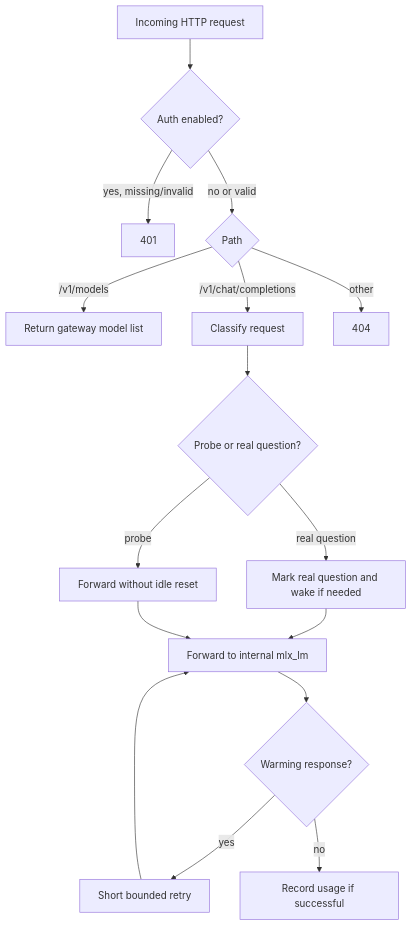
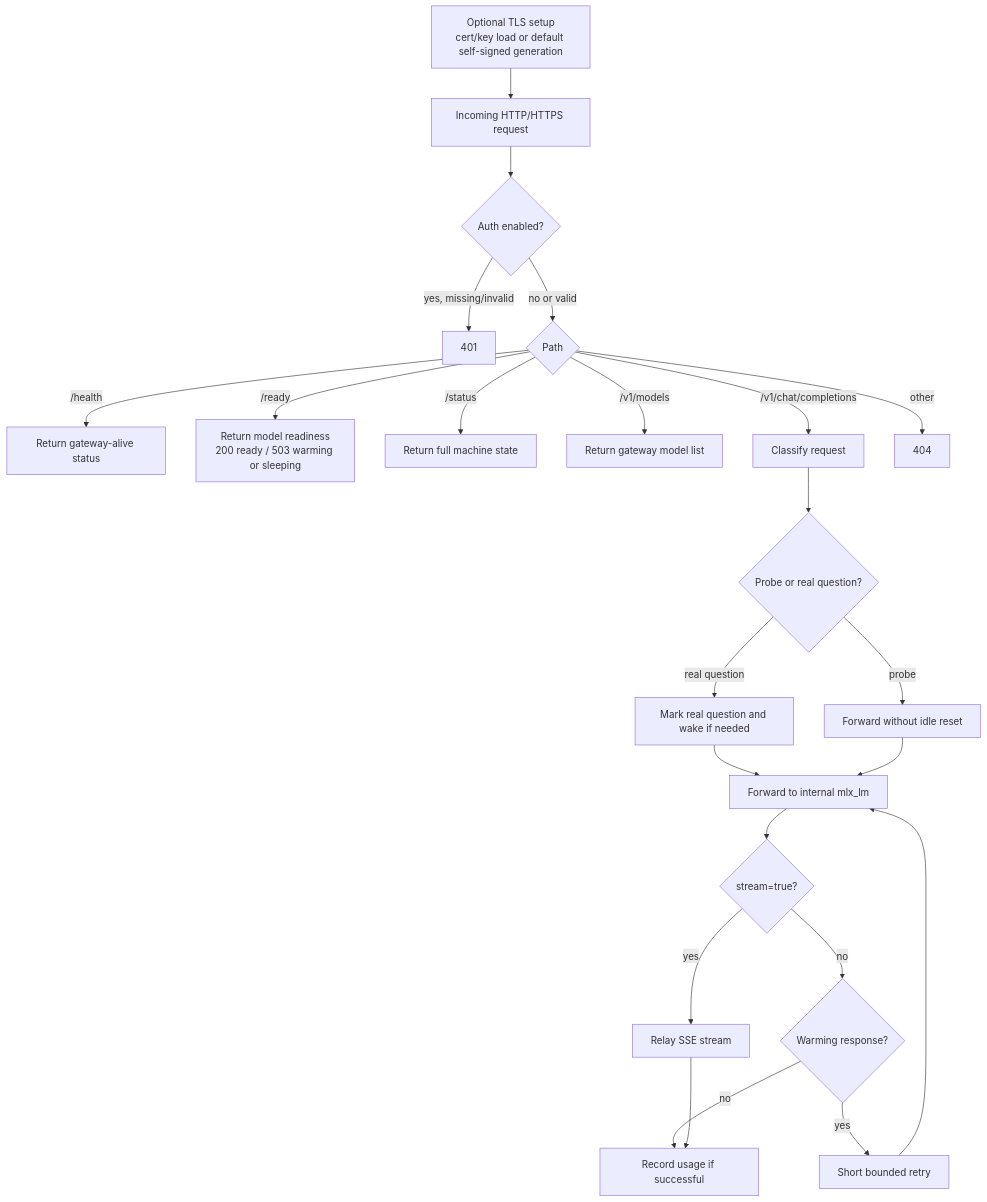
One commit to agabrielson/MlxManager changed the sixth of 7 diagrams in docs/c4_architecture.md. Above: the diagram before and after it, drawn with Mermaid. The commit also changed other lines of this file and 3 other files, not shown here.

Commit message:
Add optional HTTPS gateway support

````diff
--- a/docs/c4_architecture.md
+++ b/docs/c4_architecture.md
@@ -262,18 +265,25 @@
 ```mermaid
 flowchart TD
-    req["Incoming HTTP request"] --> auth{"Auth enabled?"}
+    tls["Optional TLS setup\ncert/key load or default self-signed generation"] --> req["Incoming HTTP/HTTPS request"]
+    req --> auth{"Auth enabled?"}
     auth -->|"yes, missing/invalid"| reject["401"]
     auth -->|"no or valid"| route{"Path"}
+    route -->|"/health"| health["Return gateway-alive status"]
+    route -->|"/ready"| ready["Return model readiness\n200 ready / 503 warming or sleeping"]
+    route -->|"/status"| status["Return full machine state"]
     route -->|"/v1/models"| models["Return gateway model list"]
     route -->|"/v1/chat/completions"| classify["Classify request"]
     route -->|"other"| notfound["404"]
     classify --> probe{"Probe or real question?"}
     probe -->|"probe"| forward_probe["Forward without idle reset"]
     probe -->|"real question"| wake["Mark real question and wake if needed"]
     wake --> forward["Forward to internal mlx_lm"]
-    forward --> warm{"Warming response?"}
+    forward --> stream{"stream=true?"}
+    stream -->|"yes"| sse["Relay SSE stream"]
+    stream -->|"no"| warm{"Warming response?"}
     warm -->|"yes"| retry["Short bounded retry"]
     retry --> forward
     warm -->|"no"| usage["Record usage if successful"]
+    sse --> usage
     forward_probe --> forward
 ```
````
